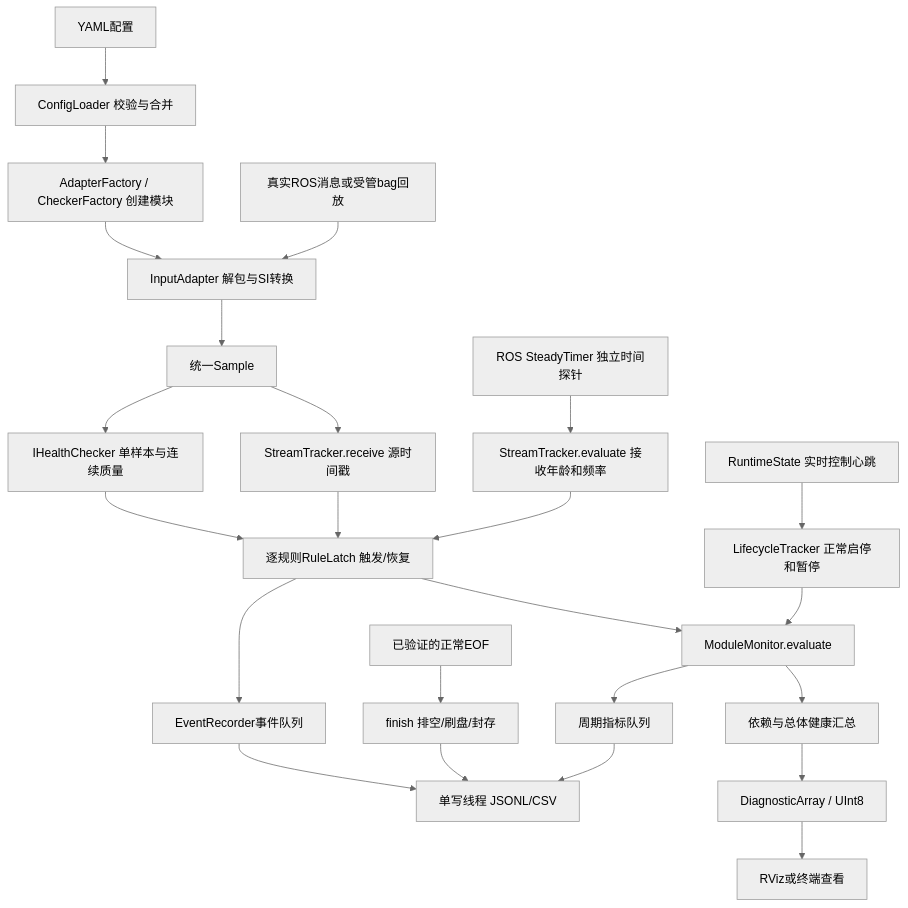
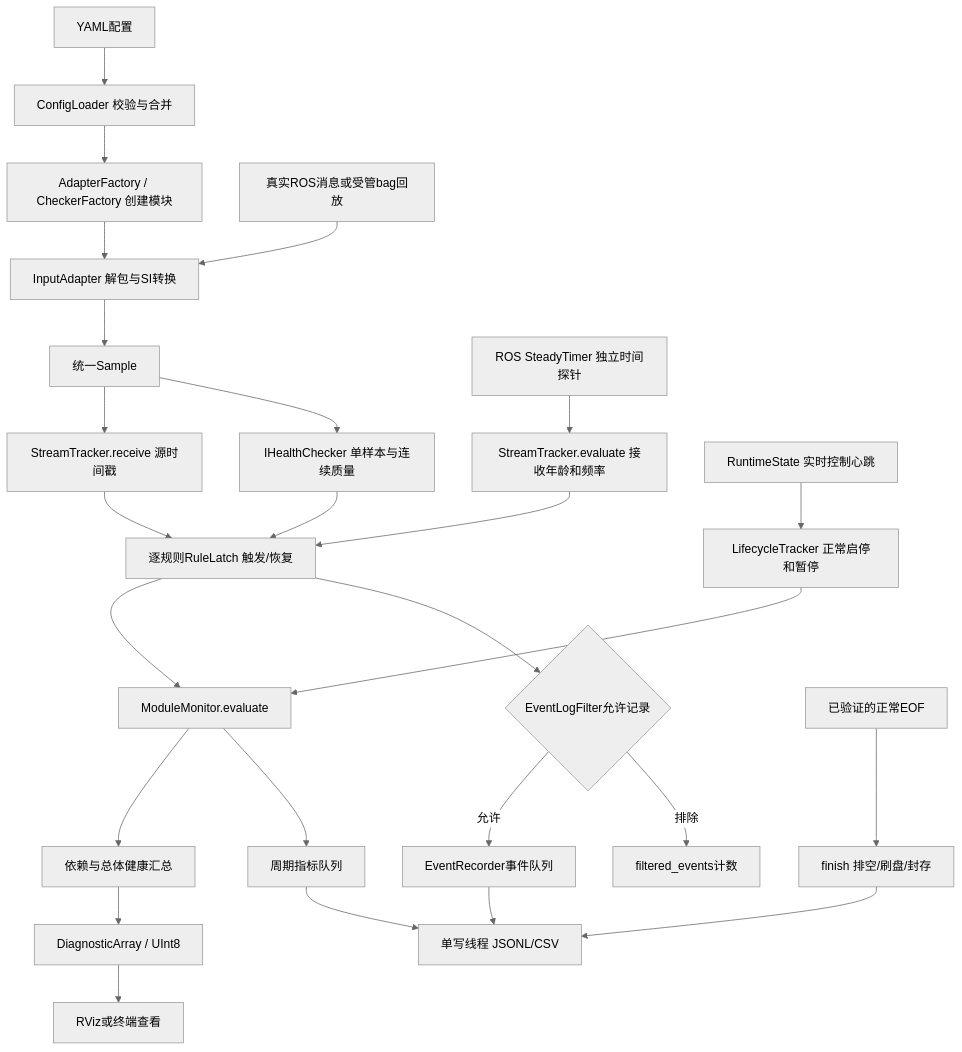
The diagram in docs/代码与数据流说明.md (spacethroughing/Robot-Data-Health-Monitoring-Module), drawn with Mermaid (neutral theme) before and after one commit. The commit also changed other lines of this file and 24 other files, not shown here.

````diff
--- a/docs/代码与数据流说明.md
+++ b/docs/代码与数据流说明.md
@@ -5,26 +5,28 @@
 ```mermaid
 flowchart TD
     A[YAML配置] --> B[ConfigLoader 校验与合并]
     B --> C[AdapterFactory / CheckerFactory 创建模块]
     D[真实ROS消息或受管bag回放] --> E[InputAdapter 解包与SI转换]
     C --> E
     E --> F[统一Sample]
     F --> G[StreamTracker.receive 源时间戳]
     F --> H[IHealthChecker 单样本与连续质量]
     T[ROS SteadyTimer 独立时间探针] --> I[StreamTracker.evaluate 接收年龄和频率]
     J[RuntimeState 实时控制心跳] --> K[LifecycleTracker 正常启停和暂停]
     G --> L[逐规则RuleLatch 触发/恢复]
     H --> L
     I --> L
     K --> M[ModuleMonitor.evaluate]
     L --> M
     M --> N[依赖与总体健康汇总]
     N --> O[DiagnosticArray / UInt8]
     O --> P[RViz或终端查看]
-    L --> Q[EventRecorder事件队列]
+    L --> EF{EventLogFilter允许记录}
+    EF -->|允许| Q[EventRecorder事件队列]
+    EF -->|排除| EC[filtered_events计数]
     M --> R[周期指标队列]
     Q --> S[单写线程 JSONL/CSV]
     R --> S
     U[已验证的正常EOF] --> V[finish 排空/刷盘/封存]
     V --> S
 ```
````
